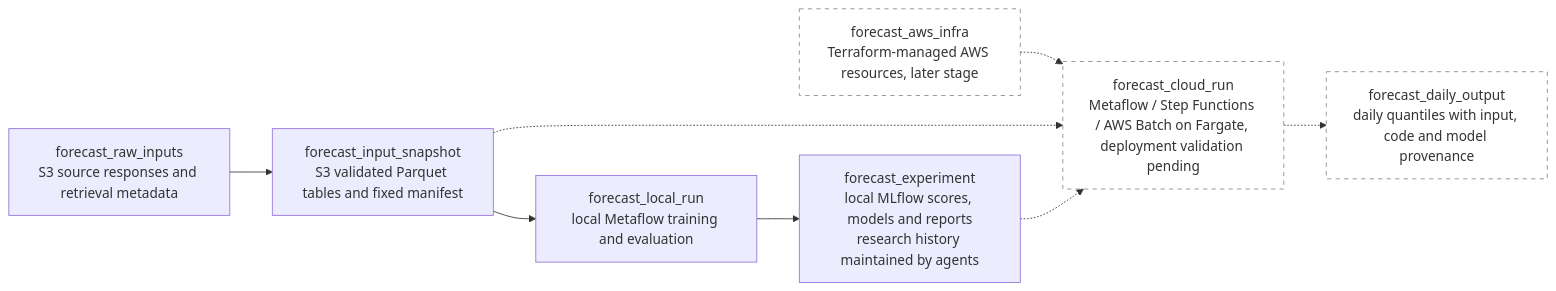
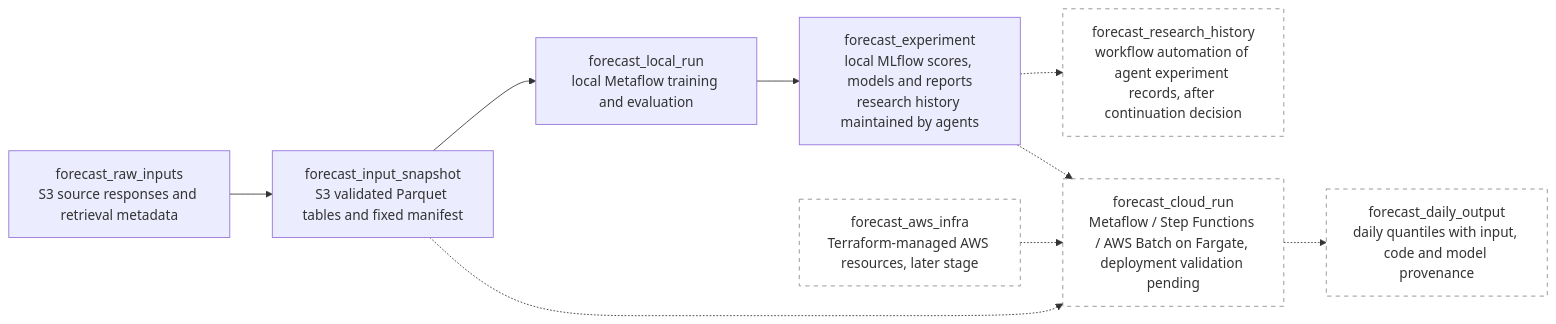
The diagram in wiki/price-forecasting.md (zoltanmaric/coppersushi), drawn with Mermaid before and after one commit. The commit also changed 6 other files, not shown here.

````diff
--- a/wiki/price-forecasting.md
+++ b/wiki/price-forecasting.md
@@ -17,22 +17,25 @@
 ```mermaid
 flowchart LR
     classDef planned stroke-dasharray: 5 5,stroke:#888,fill:none
 
     forecast_raw_inputs["forecast_raw_inputs<br/>S3 source responses and retrieval metadata"]
     forecast_input_snapshot["forecast_input_snapshot<br/>S3 validated Parquet tables and fixed manifest"]
     forecast_local_run["forecast_local_run<br/>local Metaflow training and evaluation"]
     forecast_experiment["forecast_experiment<br/>local MLflow scores, models and reports<br/>research history maintained by agents"]
 
     forecast_raw_inputs --> forecast_input_snapshot
     forecast_input_snapshot --> forecast_local_run
     forecast_local_run --> forecast_experiment
 
+    forecast_research_history["forecast_research_history<br/>workflow automation of agent experiment records, after continuation decision"]:::planned
+    forecast_experiment -.-> forecast_research_history
+
     forecast_aws_infra["forecast_aws_infra<br/>Terraform-managed AWS resources, later stage"]:::planned
     forecast_cloud_run["forecast_cloud_run<br/>Metaflow / Step Functions / AWS Batch on Fargate, deployment validation pending"]:::planned
     forecast_daily_output["forecast_daily_output<br/>daily quantiles with input, code and model provenance"]:::planned
 
     forecast_aws_infra -.-> forecast_cloud_run
     forecast_input_snapshot -.-> forecast_cloud_run
     forecast_experiment -.-> forecast_cloud_run
     forecast_cloud_run -.-> forecast_daily_output
 ```
````
